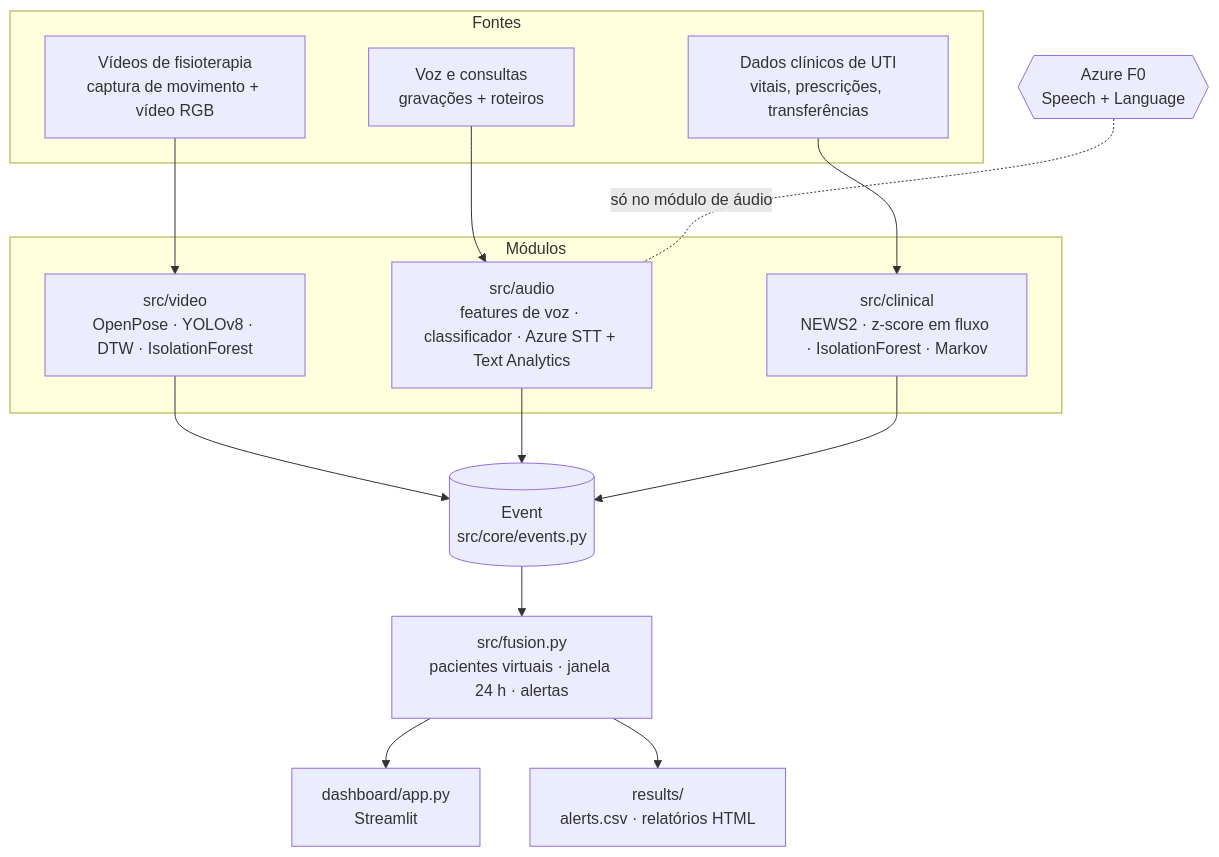
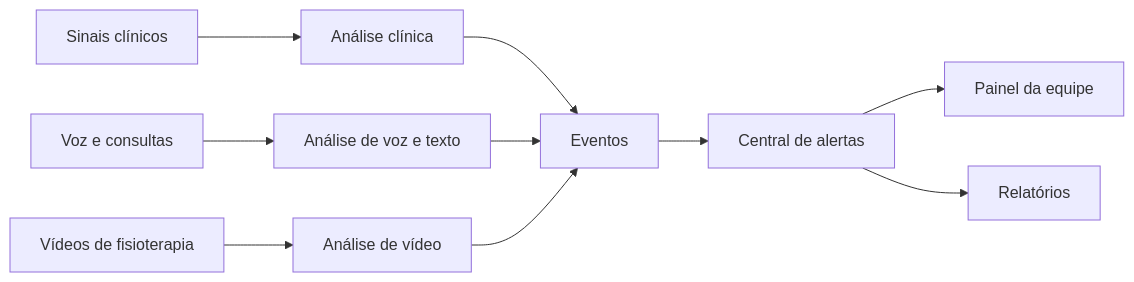
Before and after one commit to BrunoAkira/IA-Multimodal-Hospital: the first of 6 diagrams in ARCHITECTURE.md, drawn with Mermaid. The commit also changed other lines of this file and 21 other files, not shown here.

````diff
--- a/ARCHITECTURE.md
+++ b/ARCHITECTURE.md
@@ -15,23 +13,12 @@
 ```mermaid
-flowchart TB
-    subgraph Fontes
-        V[Vídeos de fisioterapia<br/>captura de movimento + vídeo RGB]
-        A[Voz e consultas<br/>gravações + roteiros]
-        C[Dados clínicos de UTI<br/>vitais, prescrições, transferências]
-    end
-    subgraph Módulos
-        MV[src/video<br/>OpenPose · YOLOv8 · DTW · IsolationForest]
-        MA[src/audio<br/>features de voz · classificador · Azure STT + Text Analytics]
-        MC[src/clinical<br/>NEWS2 · z-score em fluxo · IsolationForest · Markov]
-    end
-    V --> MV
-    A --> MA
-    C --> MC
-    MV --> E[(Event<br/>src/core/events.py)]
-    MA --> E
-    MC --> E
-    E --> F[src/fusion.py<br/>pacientes virtuais · janela 24 h · alertas]
-    F --> D[dashboard/app.py<br/>Streamlit]
-    F --> R[results/<br/>alerts.csv · relatórios HTML]
-    AZ{{Azure F0<br/>Speech + Language}} -. só no módulo de áudio .- MA
+flowchart LR
+    A[Sinais clínicos] --> M1[Análise clínica]
+    B[Voz e consultas] --> M2[Análise de voz e texto]
+    C[Vídeos de fisioterapia] --> M3[Análise de vídeo]
+    M1 --> E[Eventos]
+    M2 --> E
+    M3 --> E
+    E --> F[Central de alertas]
+    F --> P[Painel da equipe]
+    F --> R[Relatórios]
 ```
````
